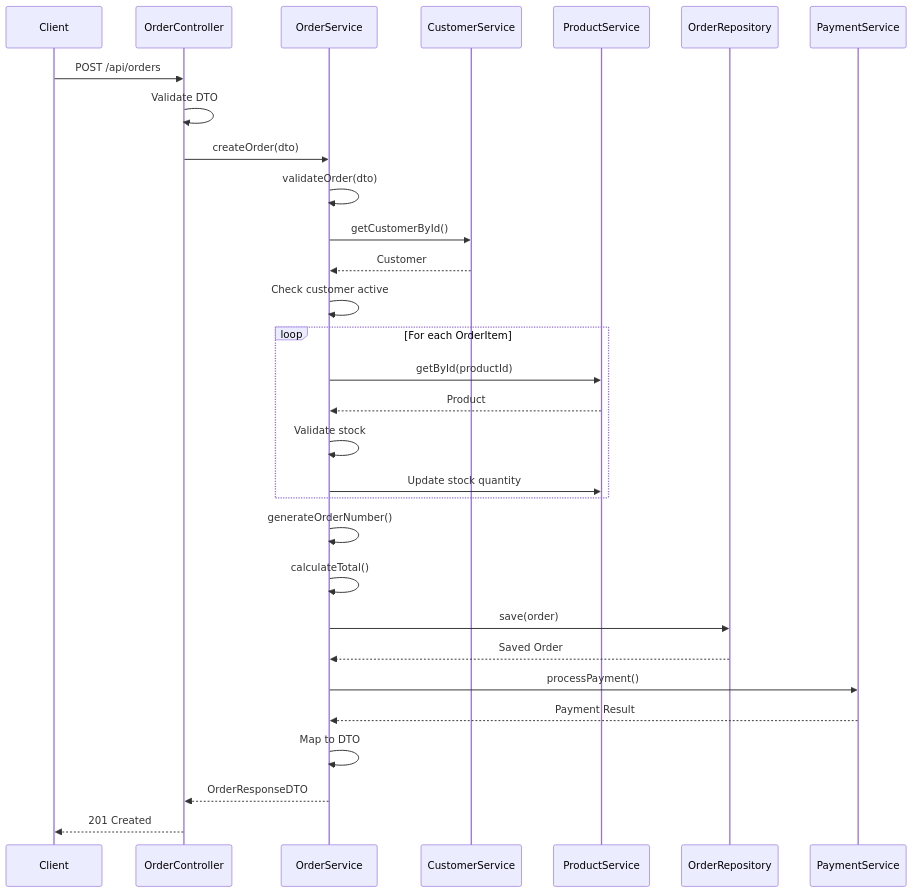
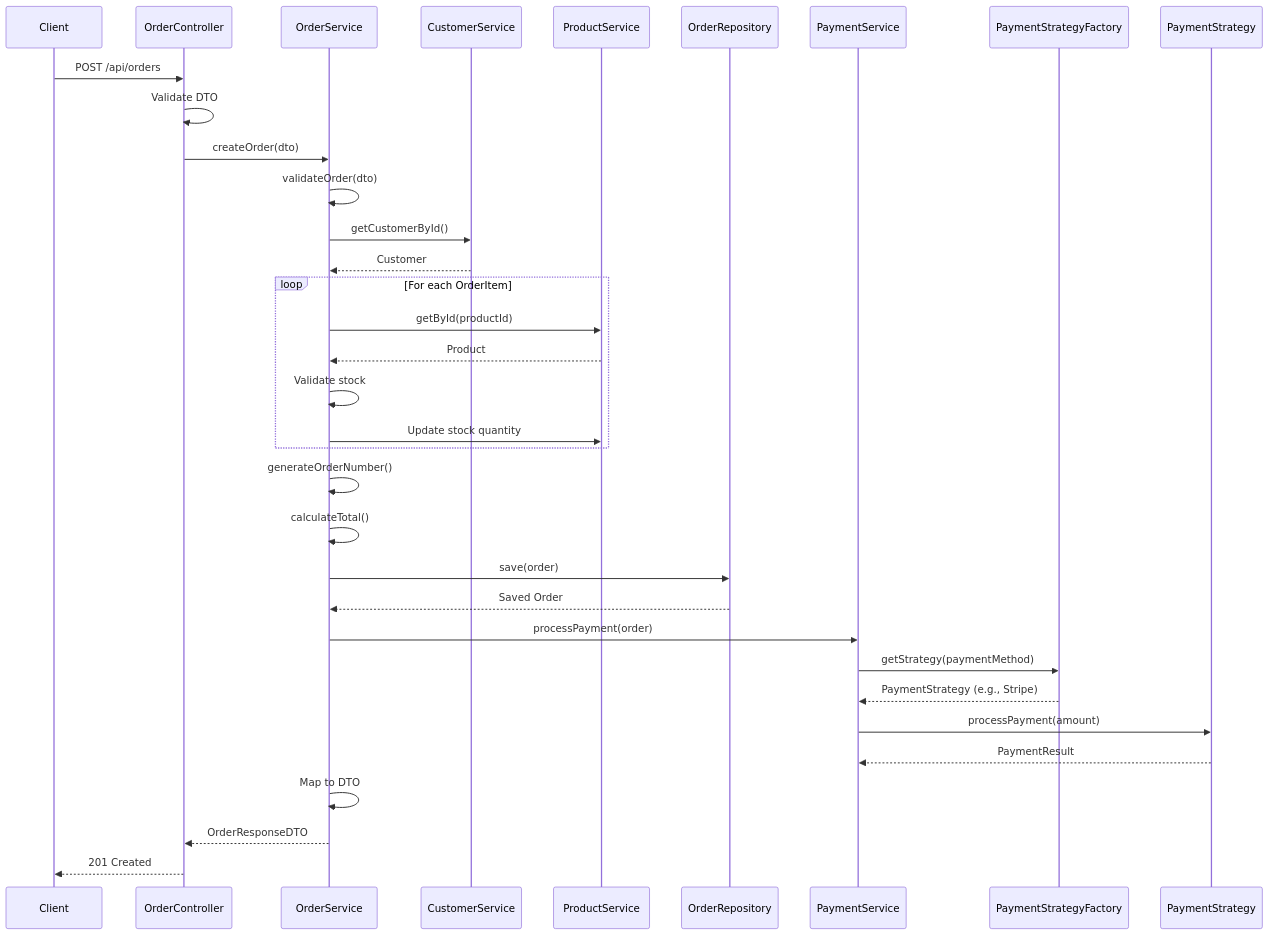
Before and after one commit to alaa-333/E-Commerce-REST-API: the second of 3 diagrams in DB_SCHEMA&FLOW.md, drawn with Mermaid. The commit also changed other lines of this file and 1 other file, not shown here.

````diff
--- a/DB_SCHEMA&FLOW.md
+++ b/DB_SCHEMA&FLOW.md
@@ -64,39 +83,42 @@
 ```mermaid
 sequenceDiagram
     participant Client
     participant OrderController
     participant OrderService
     participant CustomerService
     participant ProductService
     participant OrderRepository
     participant PaymentService
+    participant PaymentStrategyFactory
+    participant PaymentStrategy
     
     Client->>OrderController: POST /api/orders
     OrderController->>OrderController: Validate DTO
     OrderController->>OrderService: createOrder(dto)
     
     OrderService->>OrderService: validateOrder(dto)
     OrderService->>CustomerService: getCustomerById()
     CustomerService-->>OrderService: Customer
-    
-    OrderService->>OrderService: Check customer active
     
     loop For each OrderItem
         OrderService->>ProductService: getById(productId)
         ProductService-->>OrderService: Product
         OrderService->>OrderService: Validate stock
         OrderService->>ProductService: Update stock quantity
     end
     
     OrderService->>OrderService: generateOrderNumber()
     OrderService->>OrderService: calculateTotal()
     OrderService->>OrderRepository: save(order)
     OrderRepository-->>OrderService: Saved Order
     
-    OrderService->>PaymentService: processPayment()
-    PaymentService-->>OrderService: Payment Result
+    OrderService->>PaymentService: processPayment(order)
+    PaymentService->>PaymentStrategyFactory: getStrategy(paymentMethod)
+    PaymentStrategyFactory-->>PaymentService: PaymentStrategy (e.g., Stripe)
+    PaymentService->>PaymentStrategy: processPayment(amount)
+    PaymentStrategy-->>PaymentService: PaymentResult
     
     OrderService->>OrderService: Map to DTO
     OrderService-->>OrderController: OrderResponseDTO
     OrderController-->>Client: 201 Created
 ```
````
